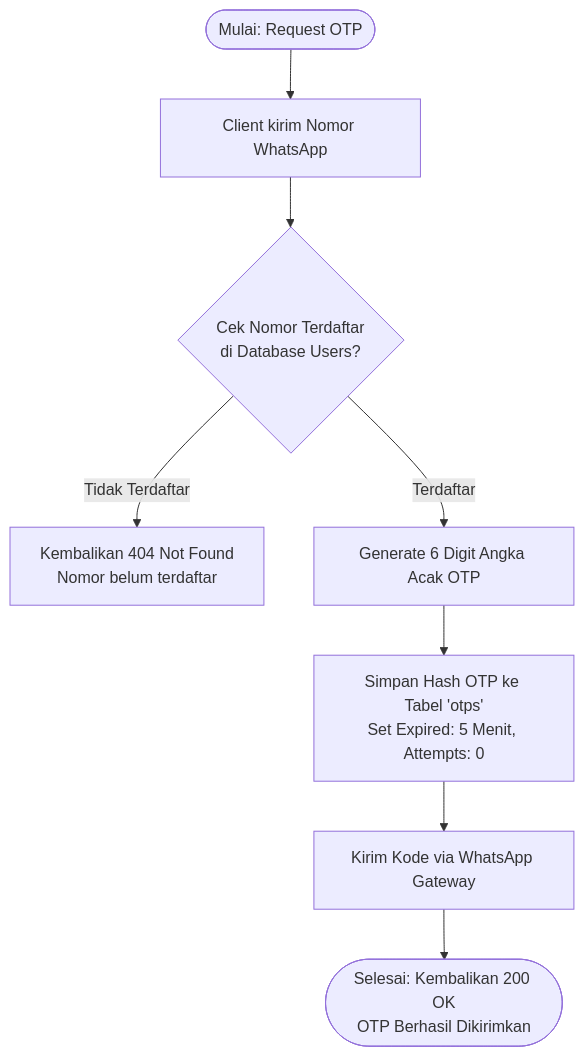
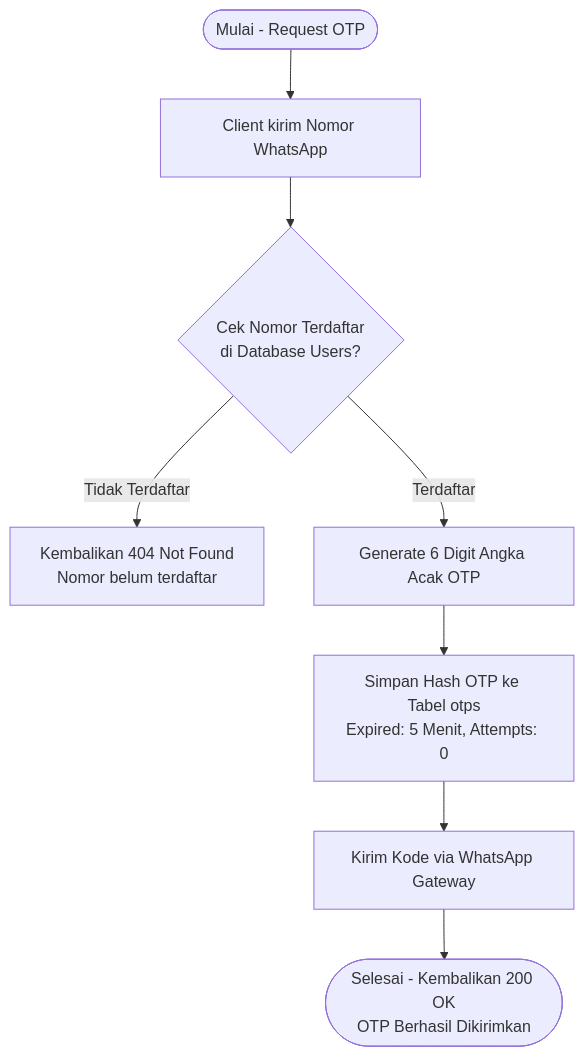
Before and after one commit to nabilkencana/Laravel-UKL: the sixth of 10 diagrams in README.md, drawn with Mermaid. The commit also changed other lines of this file, not shown here.

Commit message:
Update README.md; improve clarity in sequence diagrams and flowcharts for user authentication processes

````diff
--- a/README.md
+++ b/README.md
@@ -394,10 +393,10 @@
 ```mermaid
 flowchart TD
-    A([Mulai: Request OTP]) --> B[Client kirim Nomor WhatsApp]
-    B --> C{Cek Nomor Terdaftar<br/>di Database Users?}
-    C -- Tidak Terdaftar --> D[Kembalikan 404 Not Found<br/>Nomor belum terdaftar]
-    C -- Terdaftar --> E[Generate 6 Digit Angka Acak OTP]
-    E --> F[Simpan Hash OTP ke Tabel 'otps'<br/>Set Expired: 5 Menit, Attempts: 0]
-    F --> G[Kirim Kode via WhatsApp Gateway]
-    G --> H([Selesai: Kembalikan 200 OK<br/>OTP Berhasil Dikirimkan])
+    A(["Mulai - Request OTP"]) --> B["Client kirim Nomor WhatsApp"]
+    B --> C{"Cek Nomor Terdaftar<br/>di Database Users?"}
+    C -- Tidak Terdaftar --> D["Kembalikan 404 Not Found<br/>Nomor belum terdaftar"]
+    C -- Terdaftar --> E["Generate 6 Digit Angka Acak OTP"]
+    E --> F["Simpan Hash OTP ke Tabel otps<br/>Expired: 5 Menit, Attempts: 0"]
+    F --> G["Kirim Kode via WhatsApp Gateway"]
+    G --> H(["Selesai - Kembalikan 200 OK<br/>OTP Berhasil Dikirimkan"])
 ```
````
